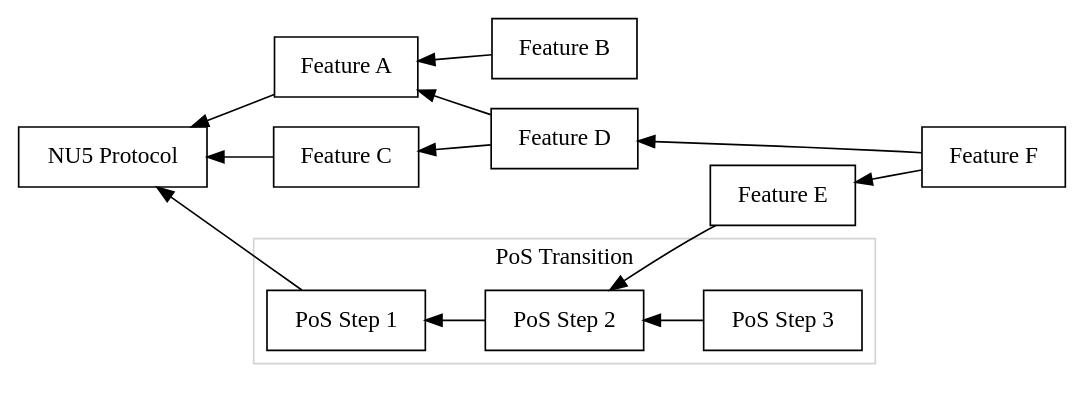
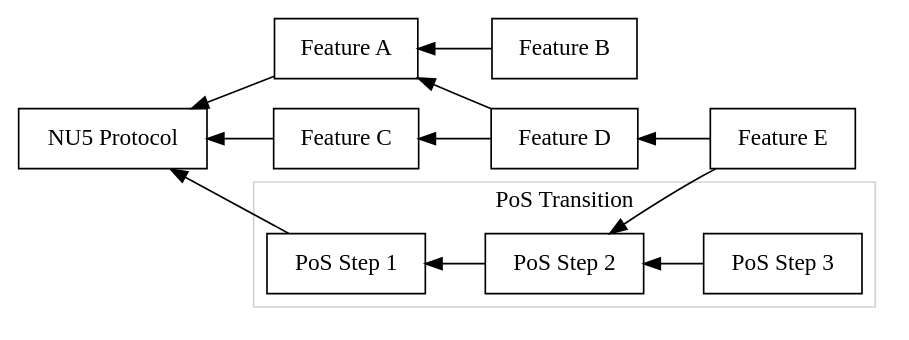
The diagram in src/diagrams/zcash-tech-tree-generic.dot (Electric-Coin-Company/tfl-book), drawn with Graphviz before and after one commit. The commit also changed 1 other file, not shown here.

```diff
--- a/src/diagrams/zcash-tech-tree-generic.dot
+++ b/src/diagrams/zcash-tech-tree-generic.dot
@@ -1,41 +1,38 @@
 digraph ZcashTechTreeGeneric {
     rankdir = RL
     color = "lightgrey"
 
     node [ shape=box ]
 
     nu5 [ label = "NU5 Protocol" ]
 
     a [ label = "Feature A"]
     a -> nu5
 
     b [ label = "Feature B"]
     b -> a
 
     c [ label = "Feature C"]
     c -> nu5
 
     d [ label = "Feature D"]
     d -> c
     d -> a
 
     e [ label = "Feature E"]
     e -> pos2
-    
-    f [ label = "Feature F"]
-    f -> e
-    f -> d
+    e -> d
 
     pos1 [ label = "PoS Step 1"]
     pos1 -> nu5
 
     subgraph cluster_pos {
         label = "PoS Transition"
 
         pos2 [ label = "PoS Step 2"]
         pos2 -> pos1
 
         pos3 [ label = "PoS Step 3"]
         pos3 -> pos2
     }
 }
```
